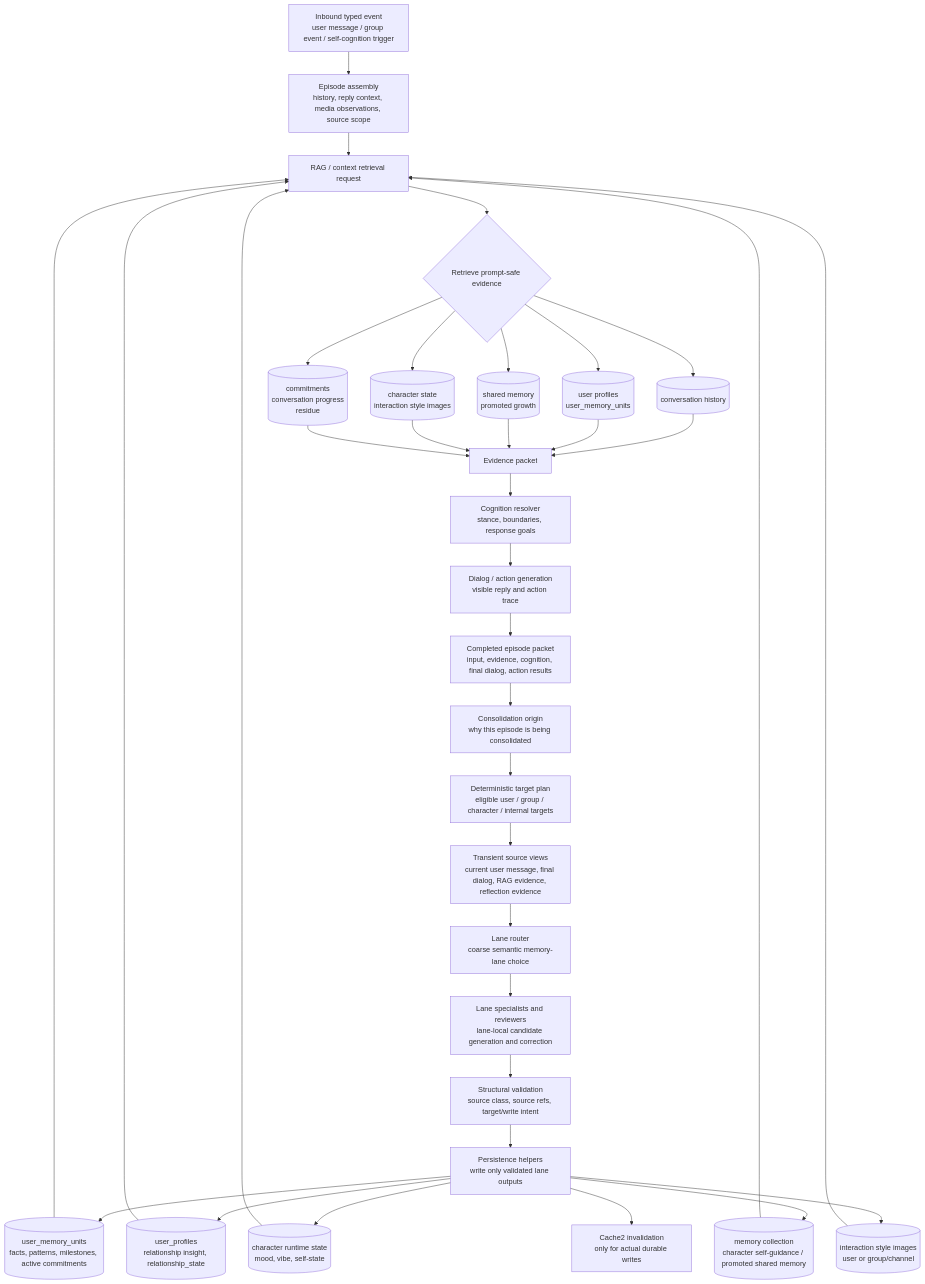
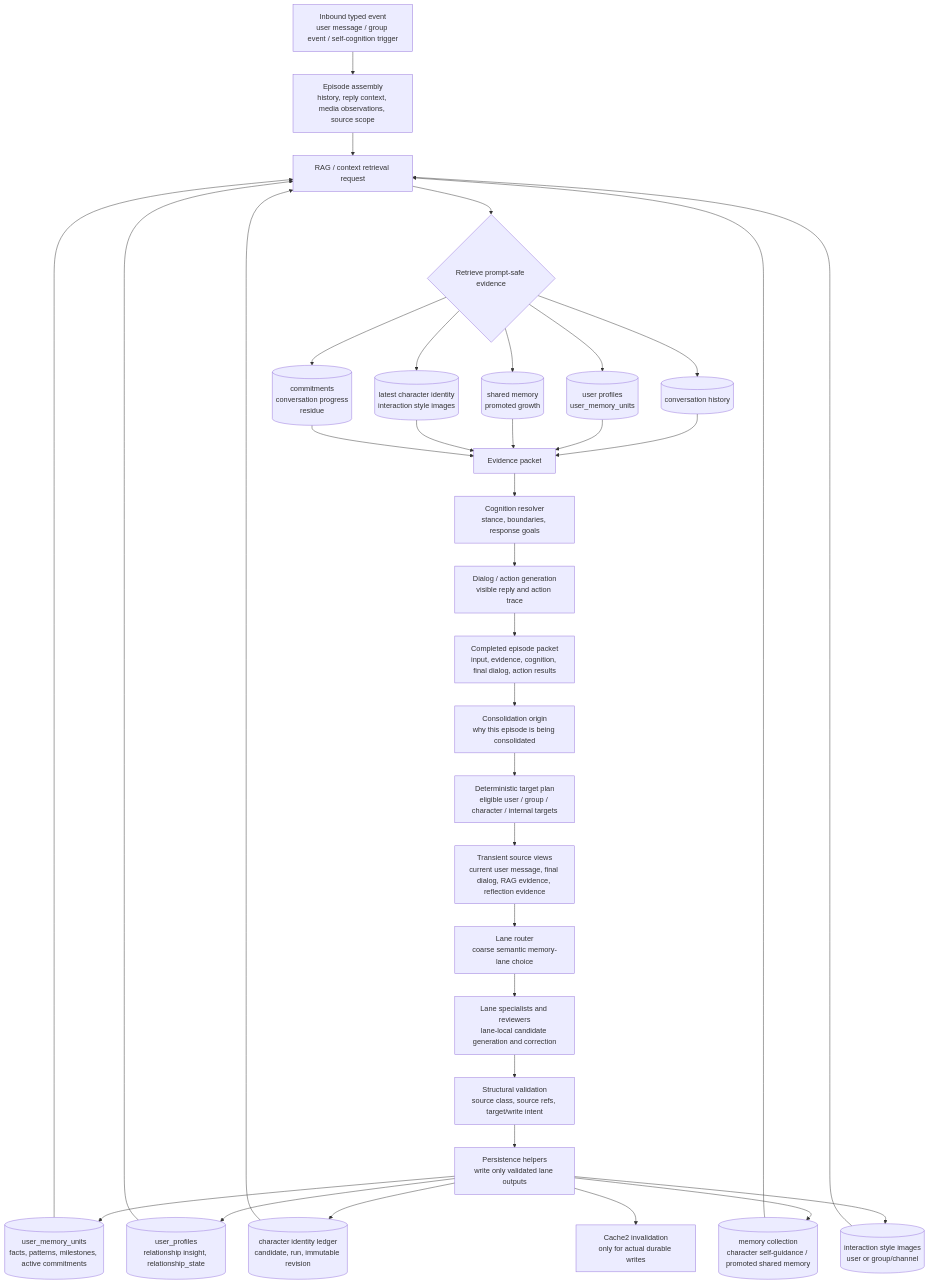
One commit to eamars/KazusaAIChatbot changed the first of 2 diagrams in src/kazusa_ai_chatbot/consolidation/README.md. Above: the diagram before and after it, drawn with Mermaid. The commit also changed other lines of this file and 121 other files, not shown here.

````diff
--- a/src/kazusa_ai_chatbot/consolidation/README.md
+++ b/src/kazusa_ai_chatbot/consolidation/README.md
@@ -157,44 +156,44 @@
 ```mermaid
 flowchart TD
     A["Inbound typed event<br/>user message / group event / self-cognition trigger"] --> B["Episode assembly<br/>history, reply context, media observations, source scope"]
 
     B --> C["RAG / context retrieval request"]
     C --> D{"Retrieve prompt-safe evidence"}
 
     D --> DB1[("conversation history")]
     D --> DB2[("user profiles<br/>user_memory_units")]
     D --> DB3[("shared memory<br/>promoted growth")]
-    D --> DB4[("character state<br/>interaction style images")]
+    D --> DB4[("latest character identity<br/>interaction style images")]
     D --> DB5[("commitments<br/>conversation progress<br/>residue")]
 
     DB1 --> E["Evidence packet"]
     DB2 --> E
     DB3 --> E
     DB4 --> E
     DB5 --> E
 
     E --> F["Cognition resolver<br/>stance, boundaries, response goals"]
     F --> G["Dialog / action generation<br/>visible reply and action trace"]
     G --> H["Completed episode packet<br/>input, evidence, cognition, final dialog, action results"]
 
     H --> I["Consolidation origin<br/>why this episode is being consolidated"]
     I --> J["Deterministic target plan<br/>eligible user / group / character / internal targets"]
     J --> K["Transient source views<br/>current user message, final dialog, RAG evidence, reflection evidence"]
     K --> L["Lane router<br/>coarse semantic memory-lane choice"]
     L --> M["Lane specialists and reviewers<br/>lane-local candidate generation and correction"]
     M --> N["Structural validation<br/>source class, source refs, target/write intent"]
     N --> O["Persistence helpers<br/>write only validated lane outputs"]
 
     O --> W1[("user_memory_units<br/>facts, patterns, milestones, active commitments")]
     O --> W2[("user_profiles<br/>relationship insight, relationship_state")]
-    O --> W3[("character runtime state<br/>mood, vibe, self-state")]
+    O --> W3[("character identity ledger<br/>candidate, run, immutable revision")]
     O --> W4[("memory collection<br/>character self-guidance / promoted shared memory")]
     O --> W5[("interaction style images<br/>user or group/channel")]
     O --> W6["Cache2 invalidation<br/>only for actual durable writes"]
 
     W1 --> C
     W2 --> C
     W3 --> C
     W4 --> C
     W5 --> C
 ```
````
